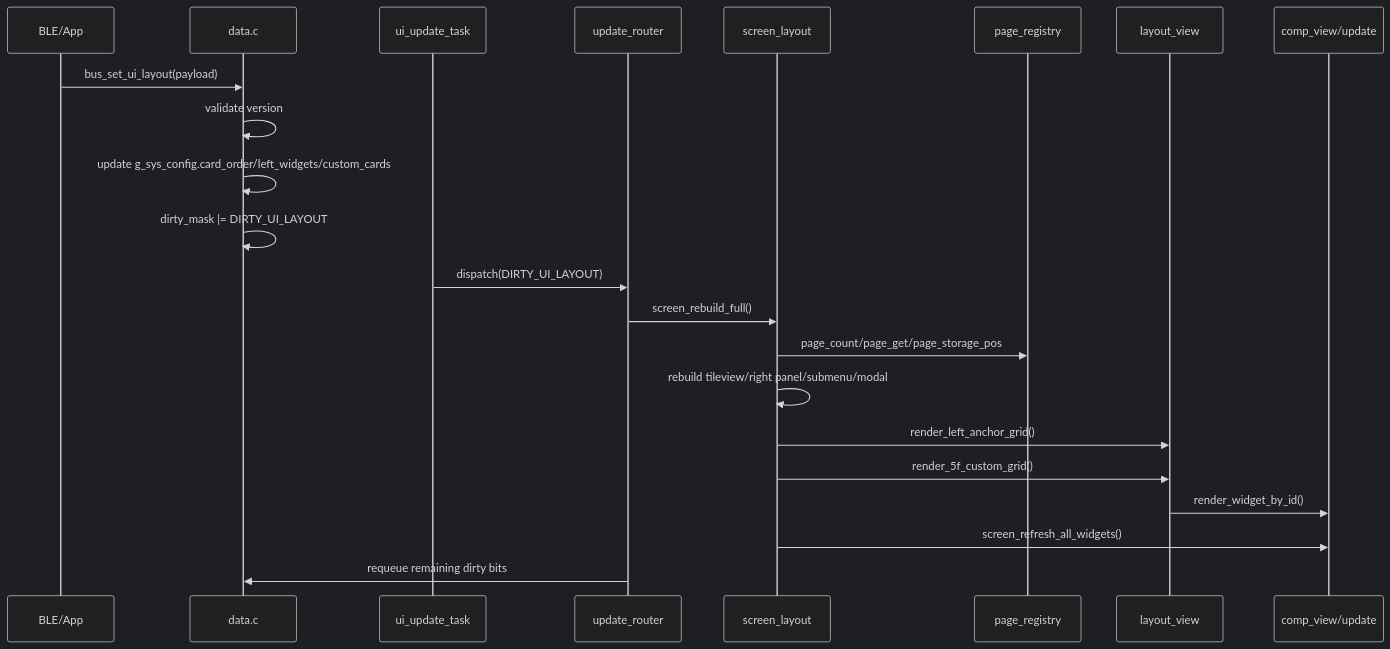
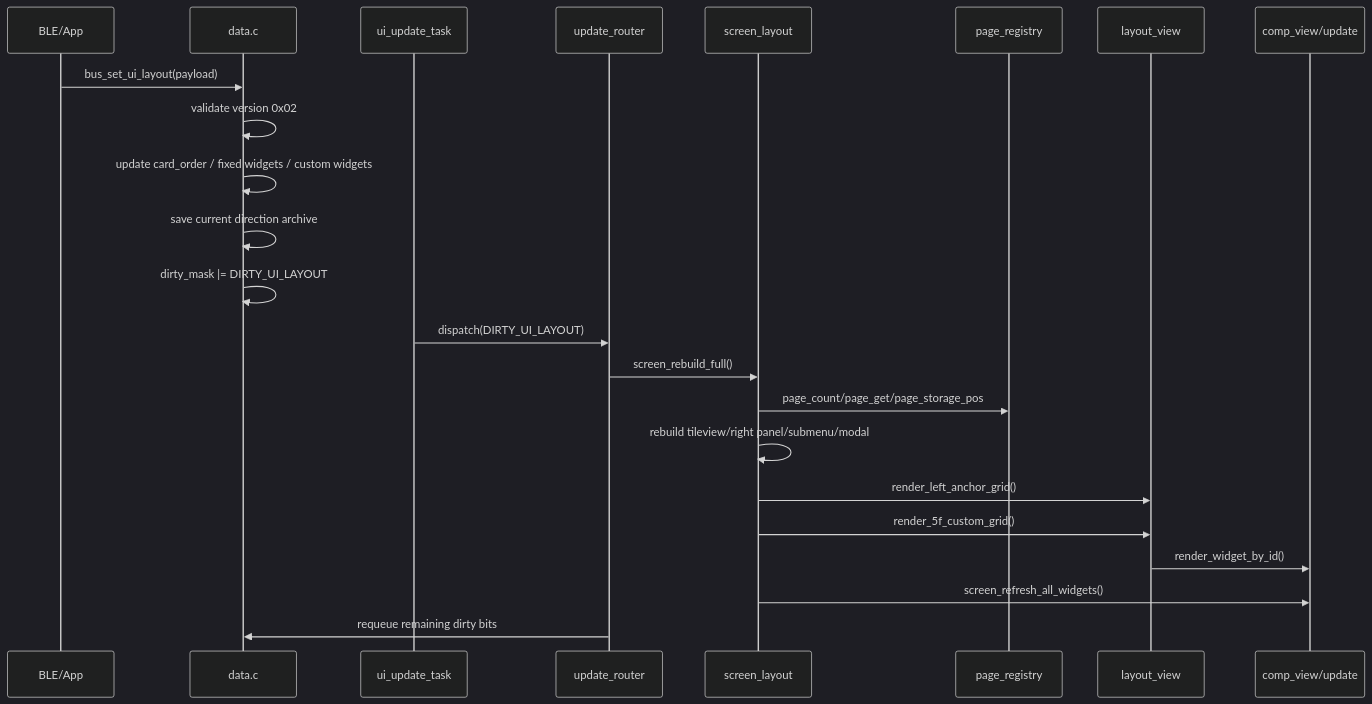
One commit to arexvision/lv_port_win_codeblocks-release-v8.3_hasGroup changed diagram 17 of 19 in UI_html_DOC/CURRENT_ARCHITECTURE_DEEP_DIVE.md. Above: the diagram before and after it, drawn with Mermaid (dark theme). The commit also changed other lines of this file and 8 other files, not shown here.

````diff
--- a/UI_html_DOC/CURRENT_ARCHITECTURE_DEEP_DIVE.md
+++ b/UI_html_DOC/CURRENT_ARCHITECTURE_DEEP_DIVE.md
@@ -545,25 +554,26 @@
 ```mermaid
 sequenceDiagram
     participant BLE as BLE/App
     participant Bus as data.c
     participant Timer as ui_update_task
     participant Router as update_router
     participant Screen as screen_layout
     participant Registry as page_registry
     participant Layout as layout_view
     participant Comp as comp_view/update
 
     BLE->>Bus: bus_set_ui_layout(payload)
-    Bus->>Bus: validate version
-    Bus->>Bus: update g_sys_config.card_order/left_widgets/custom_cards
+    Bus->>Bus: validate version 0x02
+    Bus->>Bus: update card_order / fixed widgets / custom widgets
+    Bus->>Bus: save current direction archive
     Bus->>Bus: dirty_mask |= DIRTY_UI_LAYOUT
     Timer->>Router: dispatch(DIRTY_UI_LAYOUT)
     Router->>Screen: screen_rebuild_full()
     Screen->>Registry: page_count/page_get/page_storage_pos
     Screen->>Screen: rebuild tileview/right panel/submenu/modal
     Screen->>Layout: render_left_anchor_grid()
     Screen->>Layout: render_5f_custom_grid()
     Layout->>Comp: render_widget_by_id()
     Screen->>Comp: screen_refresh_all_widgets()
     Router->>Bus: requeue remaining dirty bits
 ```
````
